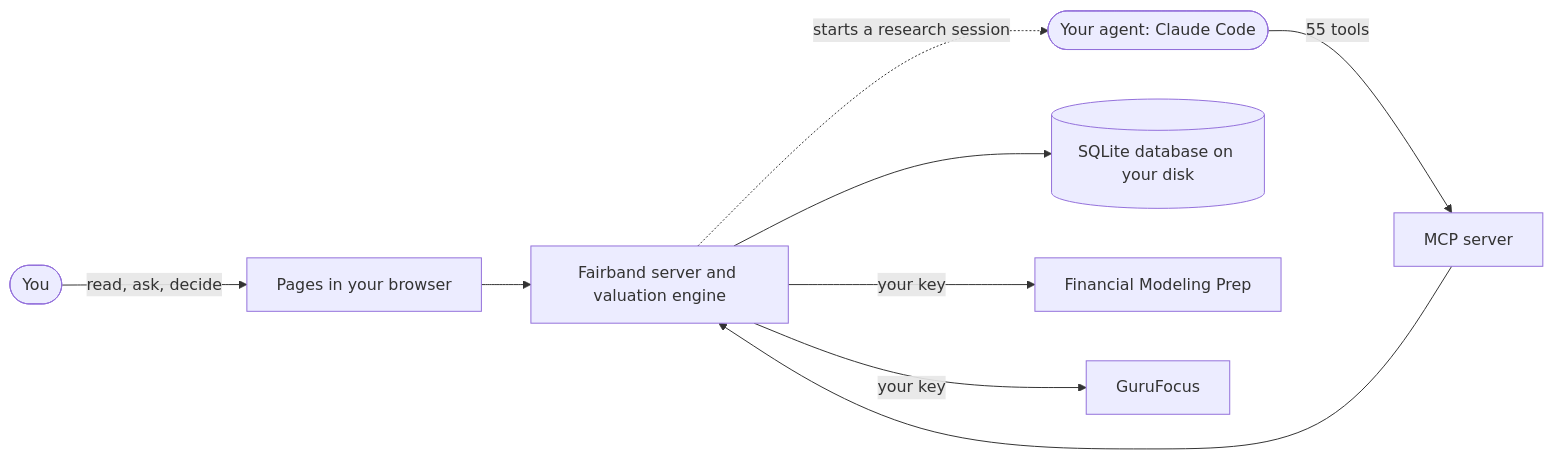
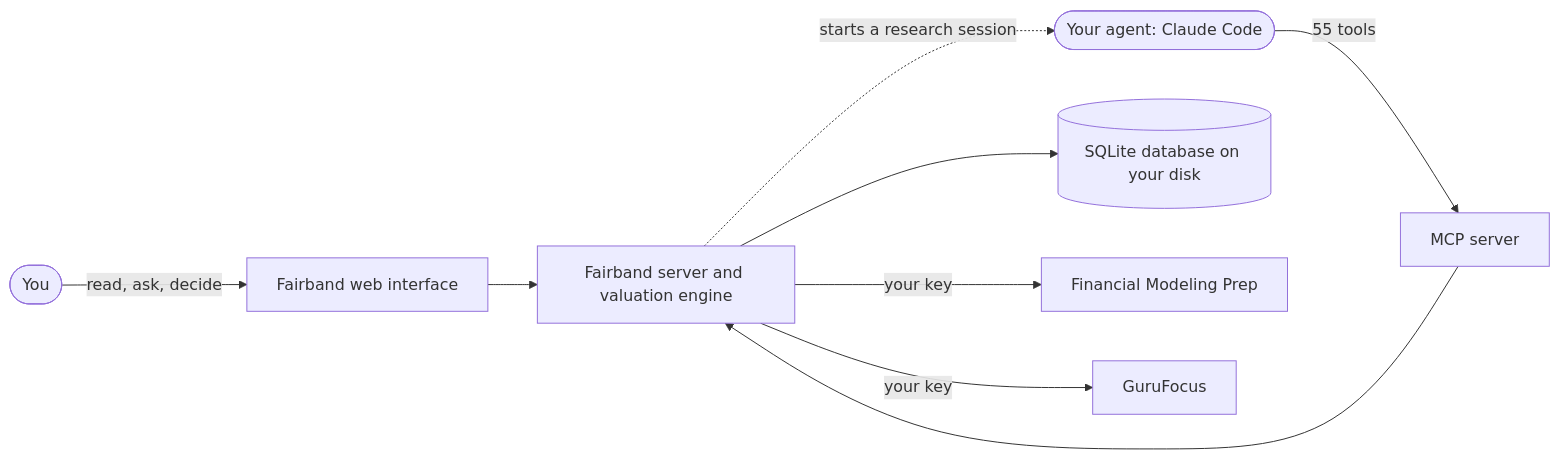
One commit to kabanami/fairband changed the diagram in README.md. Above: the diagram before and after it, drawn with Mermaid.

Commit message:
Name the pages' box in the README's diagram Fairband web interface
Claude-Session: https://claude.ai/code/session_01K4pNFG1CiVM5AsnoG43eps

````diff
--- a/README.md
+++ b/README.md
@@ -14,11 +14,11 @@
 ```mermaid
 flowchart LR
-    you(["You"]) -- "read, ask, decide" --> pages["Pages in your browser"]
+    you(["You"]) -- "read, ask, decide" --> pages["Fairband web interface"]
     agent(["Your agent: Claude Code"]) -- "55 tools" --> mcp["MCP server"]
     pages --> server["Fairband server and valuation engine"]
     mcp --> server
     server -. "starts a research session" .-> agent
     server --> db[("SQLite database on your disk")]
     server -- "your key" --> fmp["Financial Modeling Prep"]
     server -- "your key" --> gf["GuruFocus"]
 ```
````
